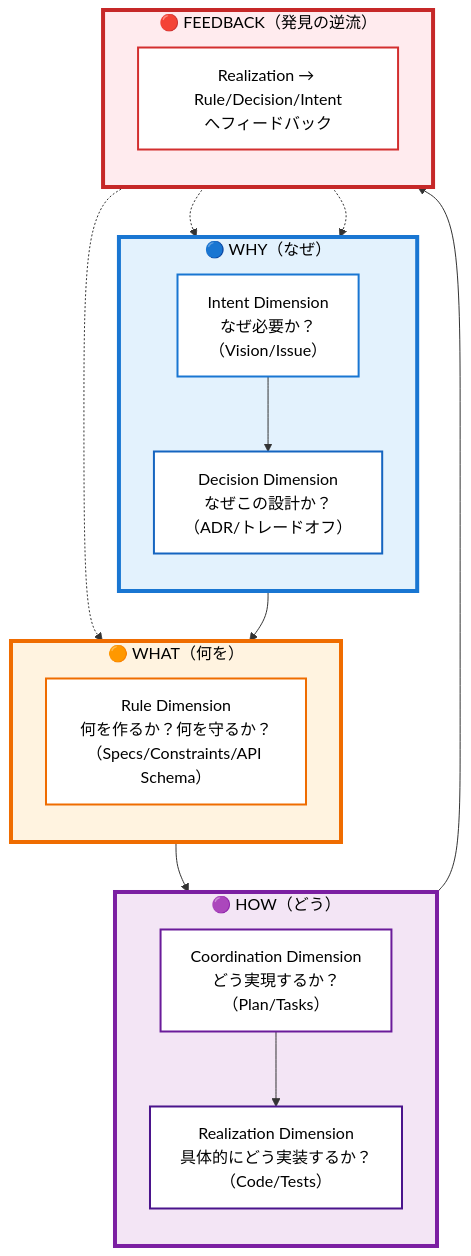
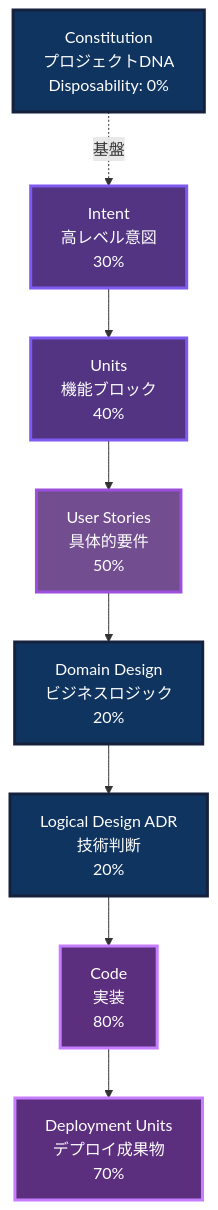
One commit to w-pinkietech/YokaKit_Studio changed the third of 5 diagrams in README.md. Above: the diagram before and after it, drawn with Mermaid. The commit also changed other lines of this file and 9 other files, not shown here.

````diff
--- a/README.md
+++ b/README.md
@@ -127,44 +449,28 @@
 ```mermaid
 flowchart TD
-    subgraph WHY ["🔵 WHY（なぜ）"]
-        direction TB
-        Intent["Intent Dimension<br/>なぜ必要か？<br/>（Vision/Issue）"]
-        Decision["Decision Dimension<br/>なぜこの設計か？<br/>（ADR/トレードオフ）"]
-    end
+    Constitution[Constitution<br/>プロジェクトDNA<br/>Disposability: 0%]
+    Intent[Intent<br/>高レベル意図<br/>30%]
+    Units[Units<br/>機能ブロック<br/>40%]
+    Stories[User Stories<br/>具体的要件<br/>50%]
+    Domain[Domain Design<br/>ビジネスロジック<br/>20%]
+    Logical[Logical Design ADR<br/>技術判断<br/>20%]
+    Code[Code<br/>実装<br/>80%]
+    Deploy[Deployment Units<br/>デプロイ成果物<br/>70%]
 
-    subgraph WHAT ["🟠 WHAT（何を）"]
-        direction TB
-        Rule["Rule Dimension<br/>何を作るか？何を守るか？<br/>（Specs/Constraints/API Schema）"]
-    end
+    Constitution -.基盤.-> Intent
+    Intent --> Units
+    Units --> Stories
+    Stories --> Domain
+    Domain --> Logical
+    Logical --> Code
+    Code --> Deploy
 
-    subgraph HOW ["🟣 HOW（どう）"]
-        direction TB
-        Coordination["Coordination Dimension<br/>どう実現するか？<br/>（Plan/Tasks）"]
-        Realization["Realization Dimension<br/>具体的にどう実装するか？<br/>（Code/Tests）"]
-    end
-
-    subgraph FEEDBACK ["🔴 FEEDBACK（発見の逆流）"]
-        direction TB
-        FeedbackFlow["Realization → Rule/Decision/Intent<br/>へフィードバック"]
-    end
-
-    Intent --> Decision
-    Decision --> Rule
-    Rule --> Coordination
-    Coordination --> Realization
-    Realization --> FeedbackFlow
-    FeedbackFlow -.-> Rule
-    FeedbackFlow -.-> Decision
-    FeedbackFlow -.-> Intent
-
-    style WHY fill:#e3f2fd,stroke:#1976d2,stroke-width:4px,color:#000
-    style WHAT fill:#fff3e0,stroke:#ef6c00,stroke-width:4px,color:#000
-    style HOW fill:#f3e5f5,stroke:#7b1fa2,stroke-width:4px,color:#000
-    style FEEDBACK fill:#ffebee,stroke:#c62828,stroke-width:4px,color:#000
-    style Intent fill:#fff,stroke:#1976d2,stroke-width:2px,color:#000
-    style Decision fill:#fff,stroke:#1565c0,stroke-width:2px,color:#000
-    style Rule fill:#fff,stroke:#ef6c00,stroke-width:2px,color:#000
-    style Coordination fill:#fff,stroke:#6a1b9a,stroke-width:2px,color:#000
-    style Realization fill:#fff,stroke:#4a148c,stroke-width:2px,color:#000
-    style FeedbackFlow fill:#fff,stroke:#d32f2f,stroke-width:2px,color:#000
+    style Constitution fill:#0f3460,stroke:#16213e,stroke-width:3px,color:#fff
+    style Intent fill:#533483,stroke:#7f5af0,stroke-width:3px,color:#fff
+    style Units fill:#533483,stroke:#7f5af0,stroke-width:3px,color:#fff
+    style Stories fill:#724e91,stroke:#9d4edd,stroke-width:3px,color:#fff
+    style Domain fill:#0f3460,stroke:#16213e,stroke-width:3px,color:#fff
+    style Logical fill:#0f3460,stroke:#16213e,stroke-width:3px,color:#fff
+    style Code fill:#5c2e7e,stroke:#c77dff,stroke-width:3px,color:#fff
+    style Deploy fill:#5c2e7e,stroke:#c77dff,stroke-width:3px,color:#fff
 ```
````
